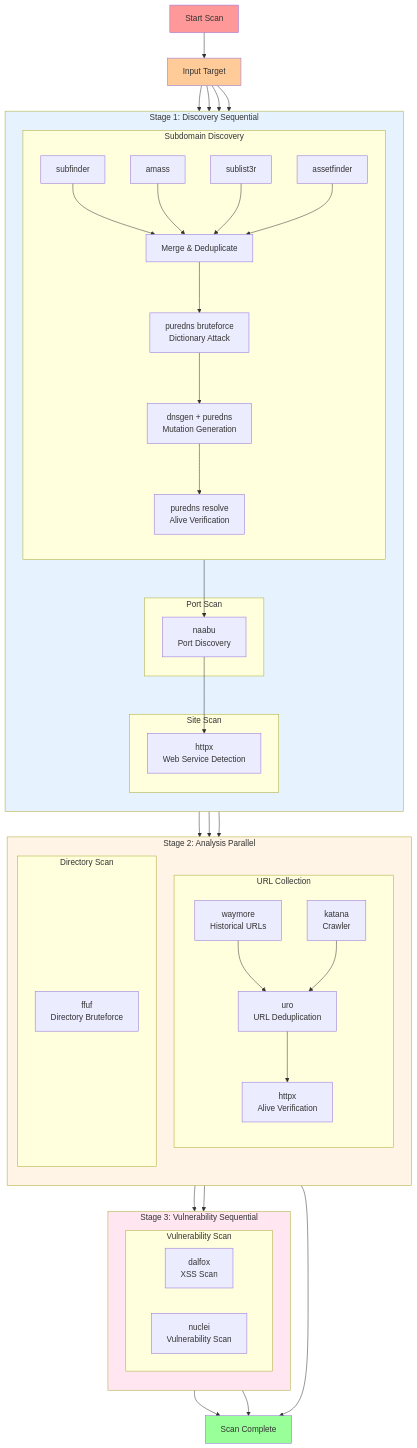
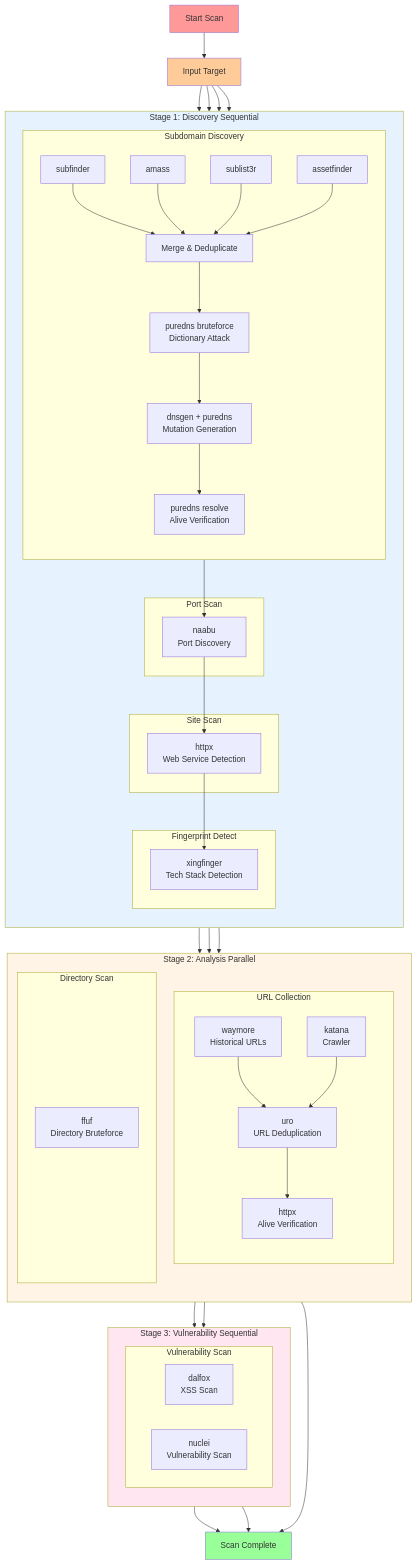
The diagram in docs/scan-flow-architecture.md (offsoc/xingrin), drawn with Mermaid before and after one commit. The commit also changed other lines of this file and 4 other files, not shown here.

```diff
--- a/docs/scan-flow-architecture.md
+++ b/docs/scan-flow-architecture.md
@@ -40,8 +40,13 @@
             HTTPX1[httpx<br/>Web Service Detection]
         end
         
+        subgraph FINGER["Fingerprint Detect"]
+            XINGFINGER[xingfinger<br/>Tech Stack Detection]
+        end
+        
         RESOLVE --> NAABU
         NAABU --> HTTPX1
+        HTTPX1 --> XINGFINGER
     end
     
     TARGET --> SUBFINDER
@@ -69,9 +74,9 @@
         end
     end
     
-    HTTPX1 --> WAYMORE
-    HTTPX1 --> KATANA
-    HTTPX1 --> FFUF
+    XINGFINGER --> WAYMORE
+    XINGFINGER --> KATANA
+    XINGFINGER --> FFUF
     
     subgraph STAGE3["Stage 3: Vulnerability Sequential"]
         direction TB
```
